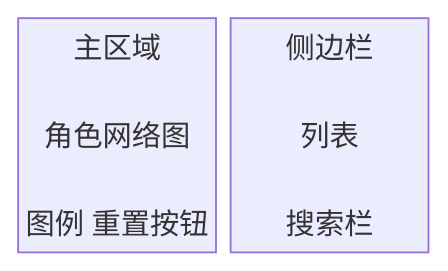
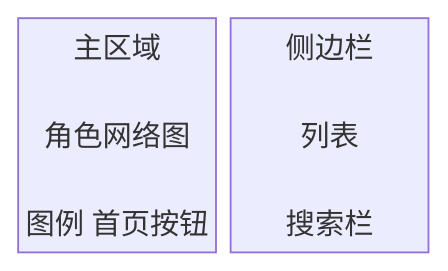
Before and after one commit to PoinTSHine/HSR_CW_NetWork: the first of 2 diagrams in README.md, drawn with Mermaid. The commit also changed other lines of this file and 7 other files, not shown here.

````diff
--- a/README.md
+++ b/README.md
@@ -20,6 +31,6 @@
 ```mermaid
 block-beta
   columns 2
-  main["主区域\n\n角色网络图\n\n图例 重置按钮"]
+  main["主区域\n\n角色网络图\n\n图例 首页按钮"]
   sidebar["侧边栏\n\n列表\n\n搜索栏"]
 ```
````
